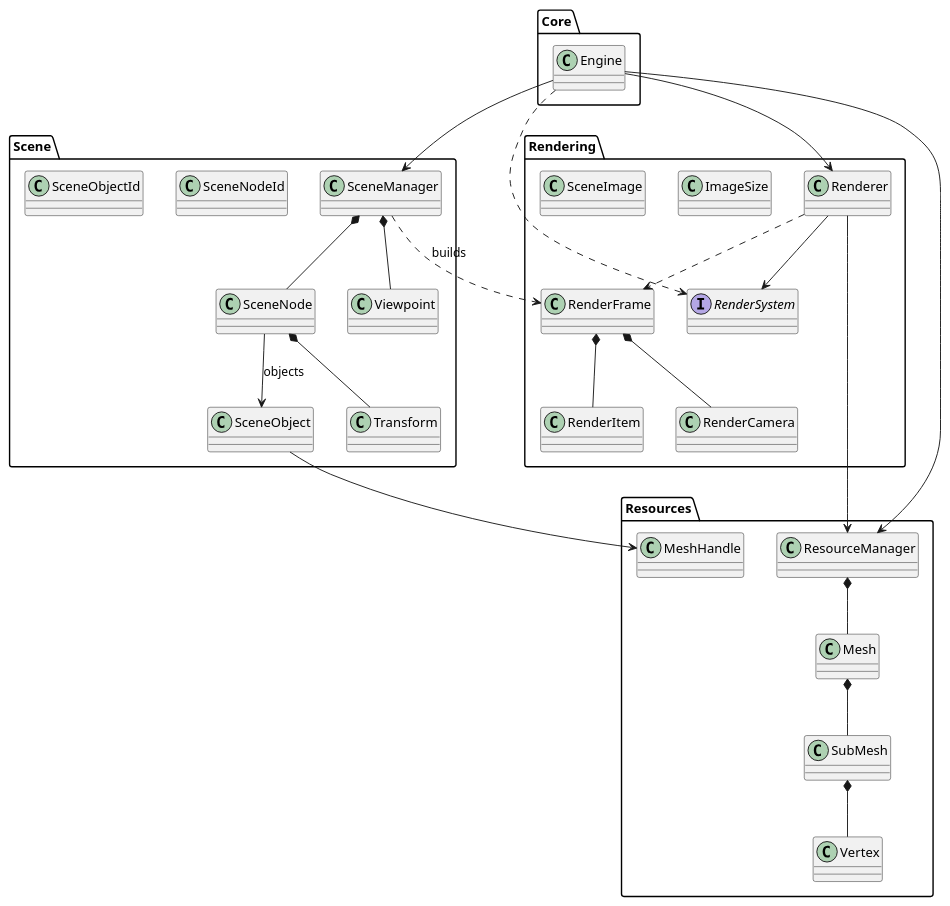
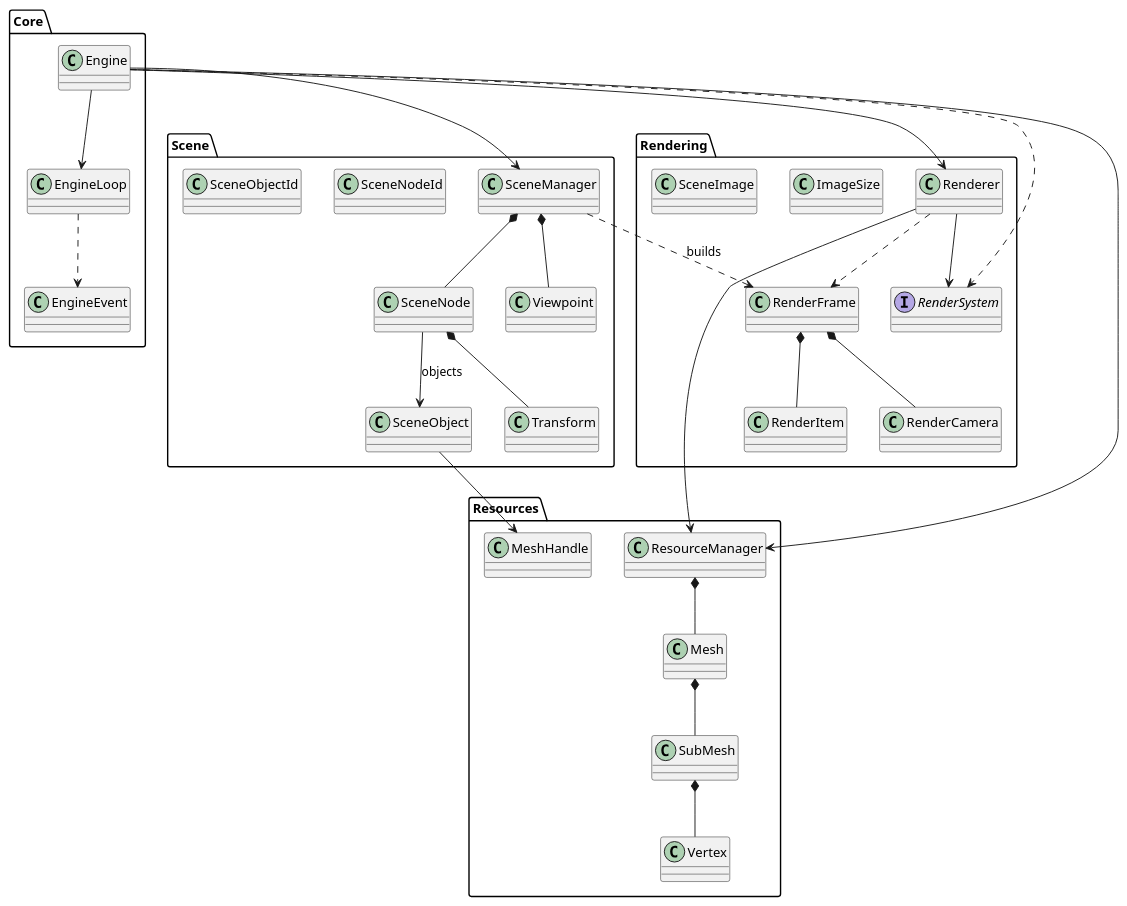
Before and after one commit to BFGEG/BFGE: the first of 5 diagrams in docs/FREAK_Engine_Architecture.md, drawn with PlantUML. The commit also changed other lines of this file, not shown here.

Commit message:
focs: add event loop info to architecture

````diff
--- a/docs/FREAK_Engine_Architecture.md
+++ b/docs/FREAK_Engine_Architecture.md
@@ -1007,62 +1085,66 @@
 ```plantuml
 @startuml
 
 package Core {
     class Engine
+    class EngineLoop
+    class EngineEvent
 }
 
 package Scene {
     class SceneManager
     class SceneNode
     class SceneObject
     class Viewpoint
 
     class Transform
     class SceneNodeId
     class SceneObjectId
 }
 
 package Resources {
     class ResourceManager
     class Mesh
     class SubMesh
     class Vertex
     class MeshHandle
 }
 
 package Rendering {
     class RenderFrame
     class RenderItem
     class RenderCamera
 
     interface RenderSystem
     class Renderer
     class ImageSize
     class SceneImage
 }
 
 Engine --> SceneManager
 Engine --> ResourceManager
 Engine --> Renderer
 Engine ..> RenderSystem
+Engine --> EngineLoop
+EngineLoop ..> EngineEvent
 
 SceneManager *-- SceneNode
 SceneManager *-- Viewpoint
 SceneNode --> SceneObject : objects
 SceneObject --> MeshHandle
 SceneNode *-- Transform
 
 ResourceManager *-- Mesh
 Mesh *-- SubMesh
 SubMesh *-- Vertex
 
 SceneManager ..> RenderFrame : builds
 RenderFrame *-- RenderItem
 RenderFrame *-- RenderCamera
 
 Renderer --> RenderSystem
 Renderer ..> RenderFrame
 Renderer --> ResourceManager
 
 @enduml
 ```
````
